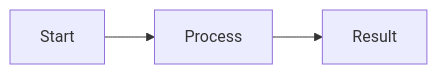
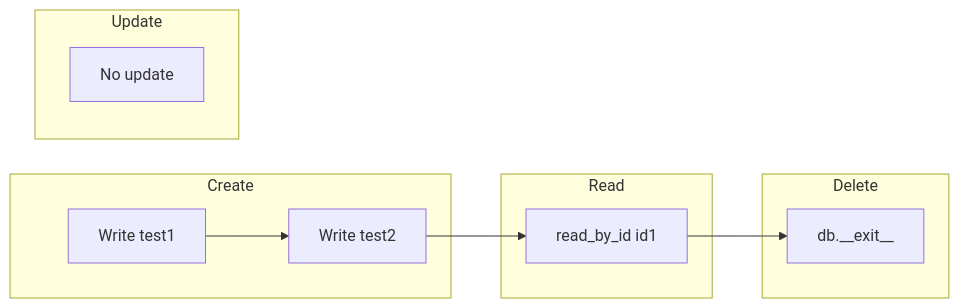
One commit to wisrovi/wpipe changed the fifth of 5 diagrams in examples/06_sqlite_integration/06_query_specific_example/README.md. Above: the diagram before and after it, drawn with Mermaid. The commit also changed other lines of this file and 182 other files, not shown here.

First line of the commit message:
Add type hints, docstrings, and Mermaid diagrams to all examples

````diff
--- a/examples/06_sqlite_integration/06_query_specific_example/README.md
+++ b/examples/06_sqlite_integration/06_query_specific_example/README.md
@@ -9,4 +89,17 @@
 ```mermaid
 flowchart LR
-    A[Start] --> B[Process] --> C[Result]
+    subgraph Create
+        W1[Write test1]
+        W2[Write test2]
+    end
+    subgraph Read
+        R[read_by_id id1]
+    end
+    subgraph Update
+        N/A[No update]
+    end
+    subgraph Delete
+        C[db.__exit__]
+    end
+    W1 --> W2 --> R --> C
 ```
````
